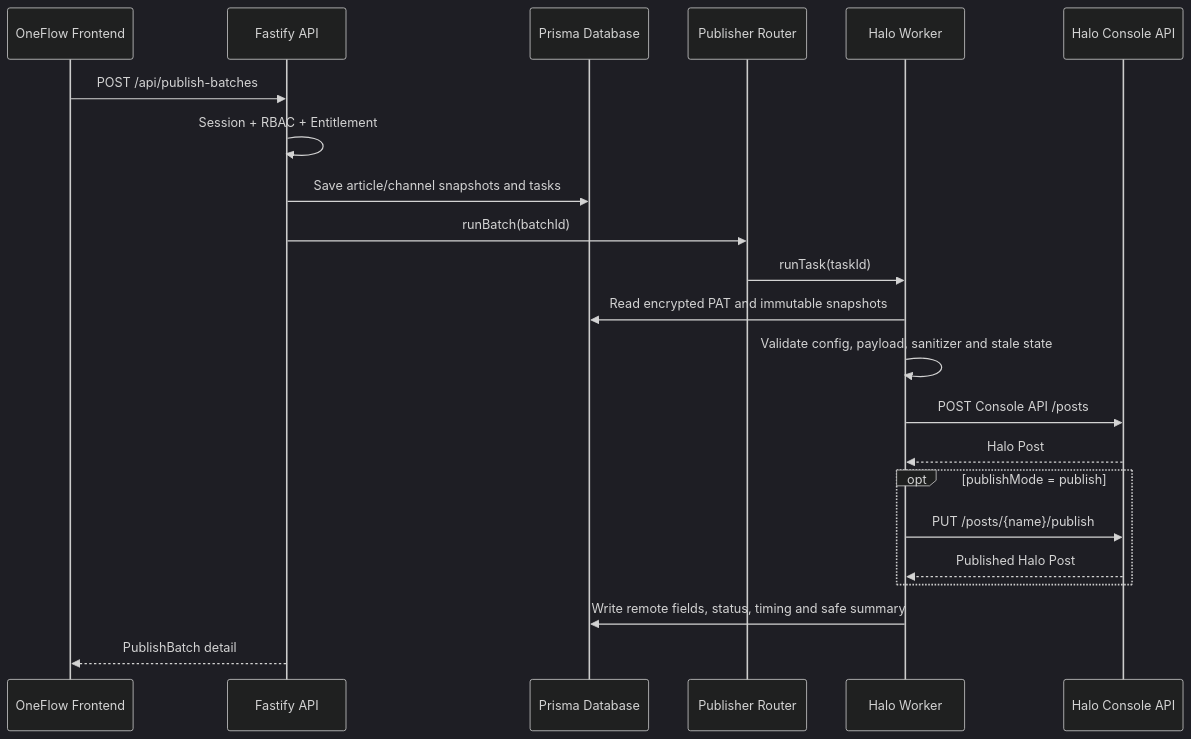
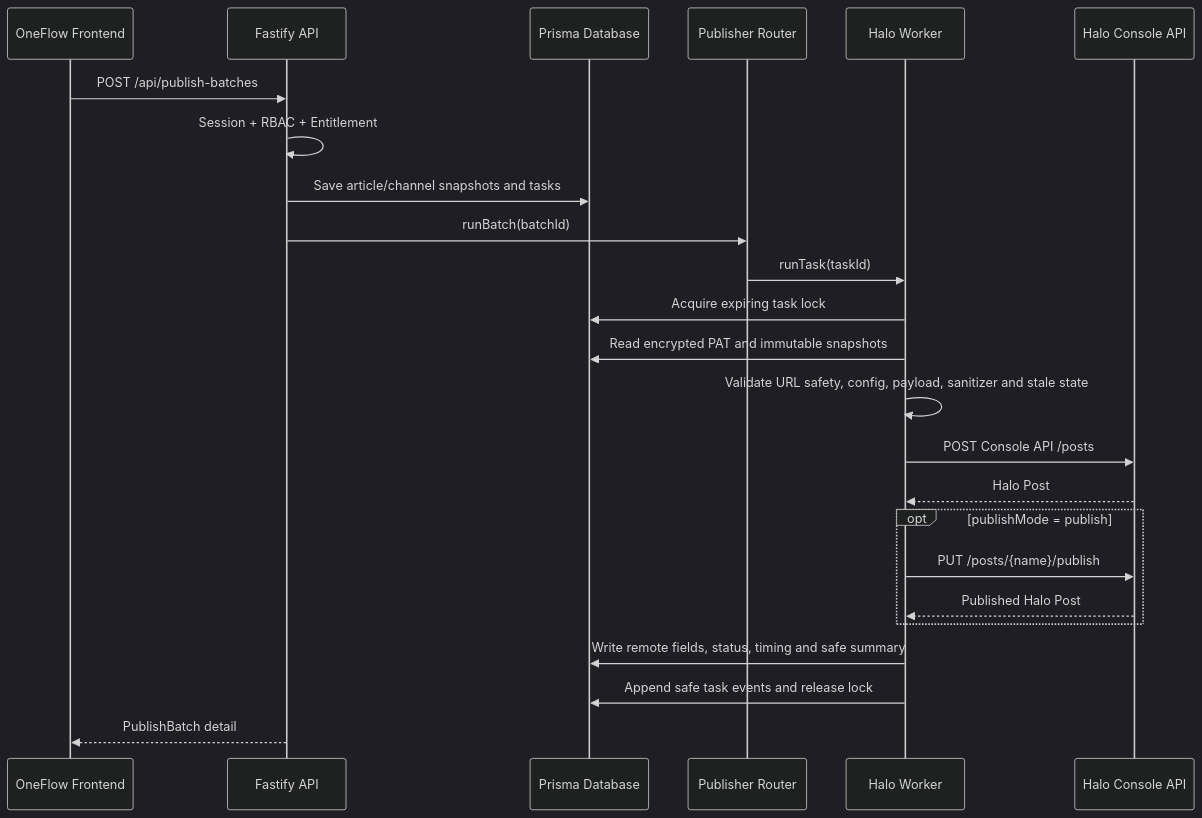
Before and after one commit to hengxiaopai/oneflow-publish-hub: the diagram in docs/server-side-publisher-design.md, drawn with Mermaid (dark theme). The commit also changed other lines of this file and 54 other files, not shown here.

````diff
--- a/docs/server-side-publisher-design.md
+++ b/docs/server-side-publisher-design.md
@@ -24,25 +24,27 @@
 ```mermaid
 sequenceDiagram
   participant UI as OneFlow Frontend
   participant API as Fastify API
   participant DB as Prisma Database
   participant R as Publisher Router
   participant W as Halo Worker
   participant H as Halo Console API
 
   UI->>API: POST /api/publish-batches
   API->>API: Session + RBAC + Entitlement
   API->>DB: Save article/channel snapshots and tasks
   API->>R: runBatch(batchId)
   R->>W: runTask(taskId)
+  W->>DB: Acquire expiring task lock
   W->>DB: Read encrypted PAT and immutable snapshots
-  W->>W: Validate config, payload, sanitizer and stale state
+  W->>W: Validate URL safety, config, payload, sanitizer and stale state
   W->>H: POST Console API /posts
   H-->>W: Halo Post
   opt publishMode = publish
     W->>H: PUT /posts/{name}/publish
     H-->>W: Published Halo Post
   end
   W->>DB: Write remote fields, status, timing and safe summary
+  W->>DB: Append safe task events and release lock
   API-->>UI: PublishBatch detail
 ```
````
